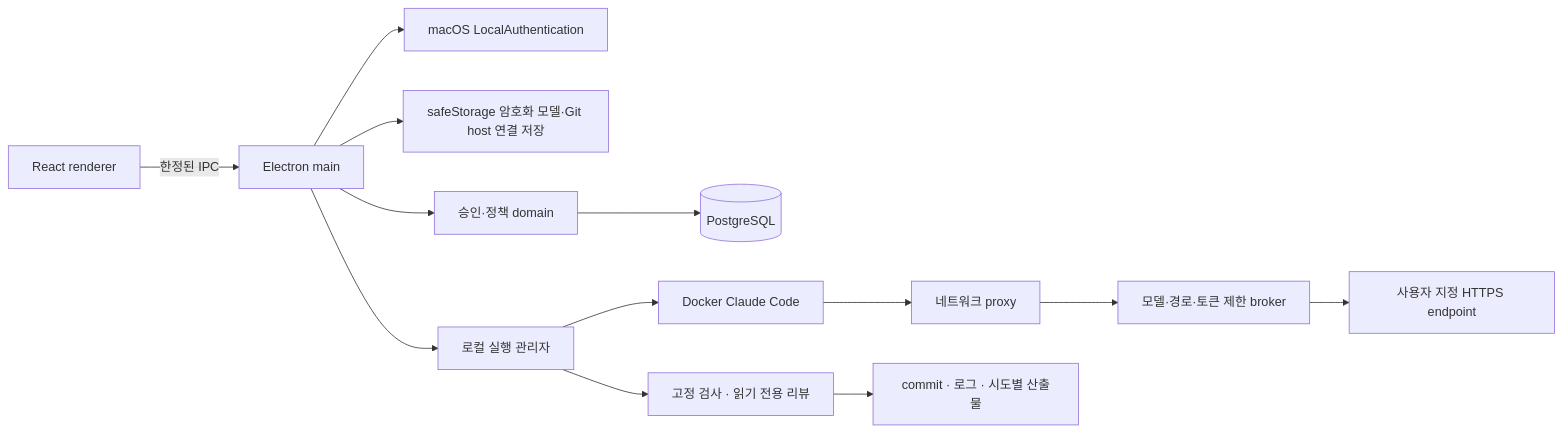
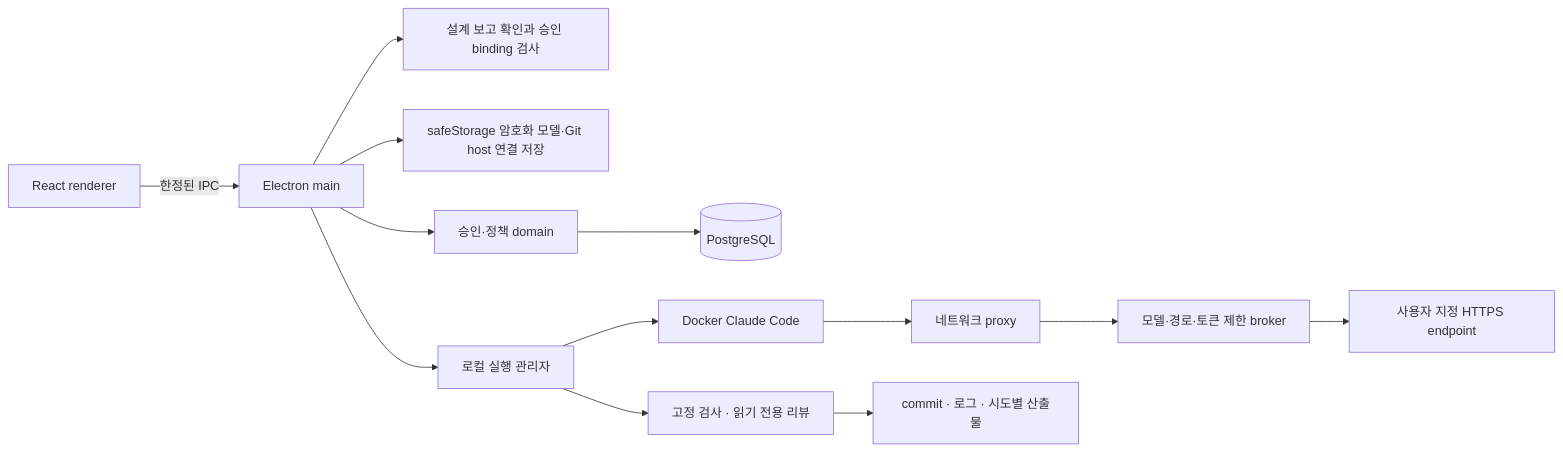
The diagram in docs/ARCHITECTURE.md (benny1020/roopre), drawn with Mermaid before and after one commit. The commit also changed other lines of this file and 30 other files, not shown here.

````diff
--- a/docs/ARCHITECTURE.md
+++ b/docs/ARCHITECTURE.md
@@ -13,15 +13,15 @@
 ```mermaid
 flowchart LR
   UI[React renderer] -->|한정된 IPC| Main[Electron main]
-  Main --> Auth[macOS LocalAuthentication]
+  Main --> Approval[설계 보고 확인과 승인 binding 검사]
   Main --> Vault[safeStorage 암호화 모델·Git host 연결 저장]
   Main --> Rules[승인·정책 domain]
   Rules --> DB[(PostgreSQL)]
   Main --> Runner[로컬 실행 관리자]
   Runner --> Agent[Docker Claude Code]
   Agent --> Proxy[네트워크 proxy]
   Proxy --> Broker[모델·경로·토큰 제한 broker]
   Broker --> Endpoint[사용자 지정 HTTPS endpoint]
   Runner --> Checks[고정 검사 · 읽기 전용 리뷰]
   Checks --> Evidence[commit · 로그 · 시도별 산출물]
 ```
````
